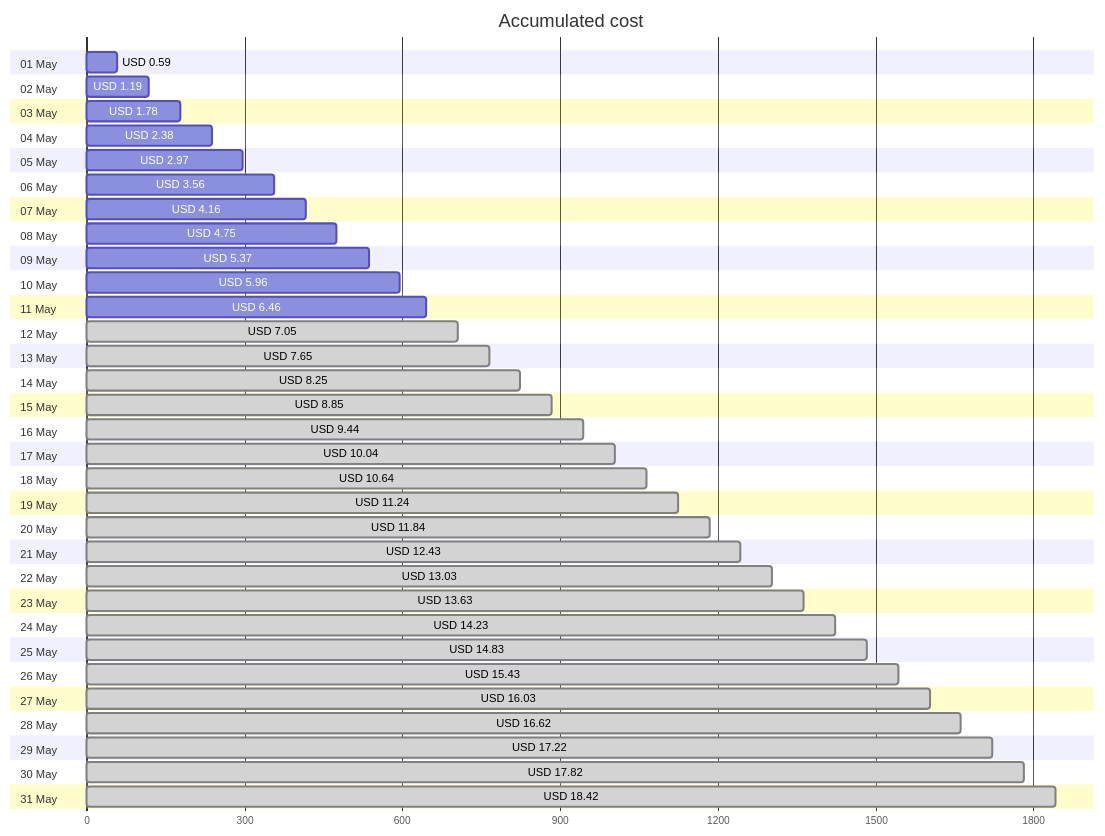
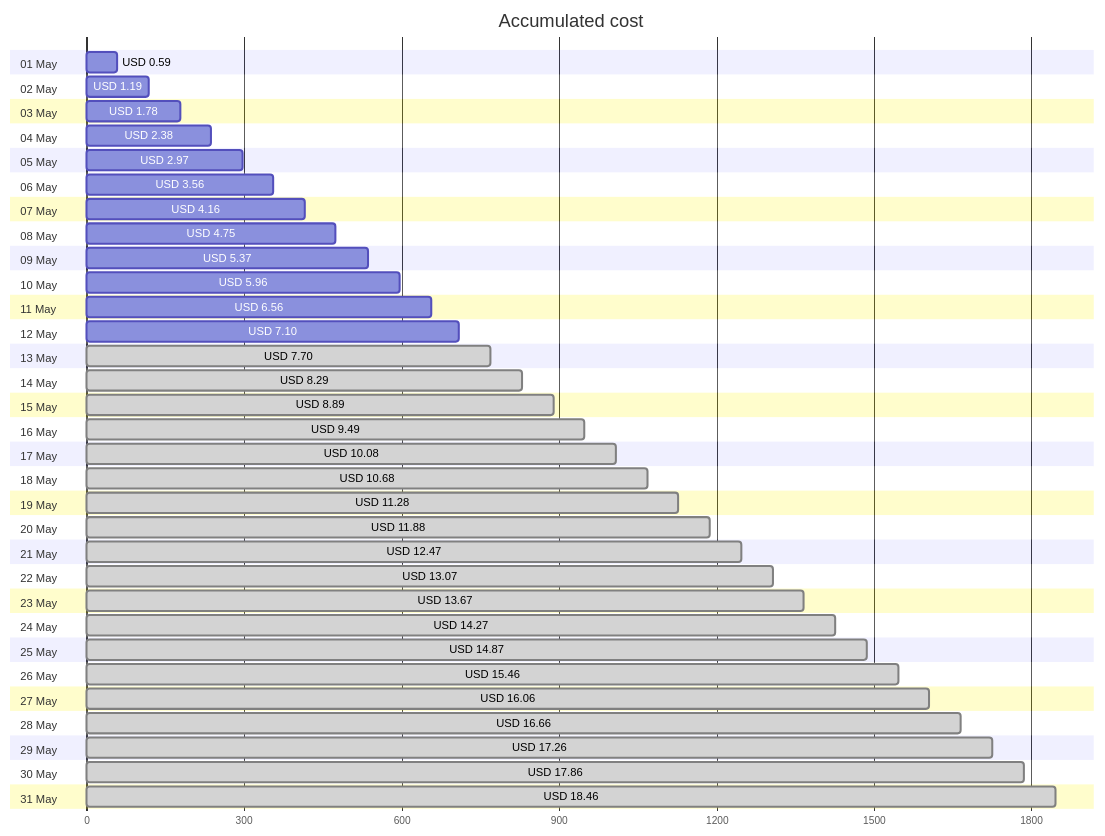
The first of 4 diagrams in cost-reports/personal-site/README.md (jpfulton/azure-personal-reports), drawn with Mermaid before and after one commit. The commit also changed other lines of this file and 6 other files, not shown here.

````diff
--- a/cost-reports/personal-site/README.md
+++ b/cost-reports/personal-site/README.md
@@ -20,68 +20,68 @@
 ```mermaid
 gantt
    title Accumulated cost
    dateFormat  X
    axisFormat %s
    section 01 May
    USD 0.59 :0, 59
    section 02 May
    USD 1.19 :0, 119
    section 03 May
    USD 1.78 :0, 178
    section 04 May
    USD 2.38 :0, 238
    section 05 May
    USD 2.97 :0, 297
    section 06 May
    USD 3.56 :0, 356
    section 07 May
    USD 4.16 :0, 416
    section 08 May
    USD 4.75 :0, 475
    section 09 May
    USD 5.37 :0, 537
    section 10 May
    USD 5.96 :0, 596
    section 11 May
-   USD 6.46 :0, 646
+   USD 6.56 :0, 656
    section 12 May
-   USD 7.05 : done, 0, 705
+   USD 7.10 :0, 710
    section 13 May
-   USD 7.65 : done, 0, 765
+   USD 7.70 : done, 0, 770
    section 14 May
-   USD 8.25 : done, 0, 825
+   USD 8.29 : done, 0, 829
    section 15 May
-   USD 8.85 : done, 0, 885
+   USD 8.89 : done, 0, 889
    section 16 May
-   USD 9.44 : done, 0, 944
+   USD 9.49 : done, 0, 949
    section 17 May
-   USD 10.04 : done, 0, 1004
+   USD 10.08 : done, 0, 1008
    section 18 May
-   USD 10.64 : done, 0, 1064
+   USD 10.68 : done, 0, 1068
    section 19 May
-   USD 11.24 : done, 0, 1124
+   USD 11.28 : done, 0, 1128
    section 20 May
-   USD 11.84 : done, 0, 1184
+   USD 11.88 : done, 0, 1188
    section 21 May
-   USD 12.43 : done, 0, 1243
+   USD 12.47 : done, 0, 1247
    section 22 May
-   USD 13.03 : done, 0, 1303
+   USD 13.07 : done, 0, 1307
    section 23 May
-   USD 13.63 : done, 0, 1363
+   USD 13.67 : done, 0, 1367
    section 24 May
-   USD 14.23 : done, 0, 1423
+   USD 14.27 : done, 0, 1427
    section 25 May
-   USD 14.83 : done, 0, 1483
+   USD 14.87 : done, 0, 1487
    section 26 May
-   USD 15.43 : done, 0, 1543
+   USD 15.46 : done, 0, 1546
    section 27 May
-   USD 16.03 : done, 0, 1603
+   USD 16.06 : done, 0, 1606
    section 28 May
-   USD 16.62 : done, 0, 1662
+   USD 16.66 : done, 0, 1666
    section 29 May
-   USD 17.22 : done, 0, 1722
+   USD 17.26 : done, 0, 1726
    section 30 May
-   USD 17.82 : done, 0, 1782
+   USD 17.86 : done, 0, 1786
    section 31 May
-   USD 18.42 : done, 0, 1842
+   USD 18.46 : done, 0, 1846
 ```
````
